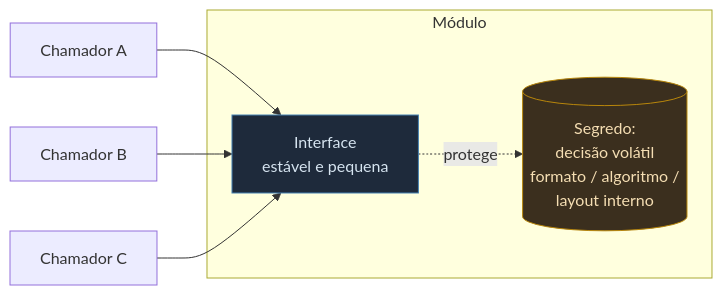
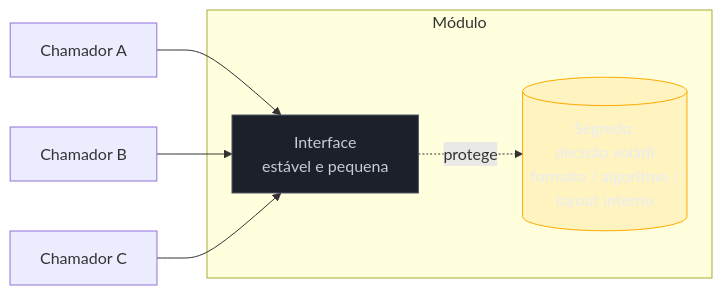
The first of 4 diagrams in 03-Dominios/Engenharia/Complexidade de Software/05 - Abstração - a ferramenta central.md (josenaldo/codex-technomanticus), drawn with Mermaid before and after one commit. The commit also changed other lines of this file and 1181 other files, not shown here.

First line of the commit message:
fix(diagramas): paleta do sistema no lugar de cor cravada no markdown

````diff
--- a/03-Dominios/Engenharia/Complexidade de Software/05 - Abstração - a ferramenta central.md
+++ b/03-Dominios/Engenharia/Complexidade de Software/05 - Abstração - a ferramenta central.md
@@ -145,12 +145,14 @@
 ```mermaid
 flowchart LR
+    classDef destaque fill:#FFAA0024,stroke:#FFAA00,color:#E9ECF2
+    classDef neutro fill:#1B2029,stroke:#4E5666,color:#C6CCD8
     C1[Chamador A] --> I
     C2[Chamador B] --> I
     C3[Chamador C] --> I
     subgraph M[Módulo]
         I[Interface\nestável e pequena]
         I -.protege.-> S[(Segredo:\ndecisão volátil\nformato / algoritmo /\nlayout interno)]
     end
-    style S fill:#3b2f1e,stroke:#b8860b,color:#f5deb3
-    style I fill:#1e2a3b,stroke:#4682b4,color:#d6e4f0
+    class S destaque
+    class I neutro
 ```
````
